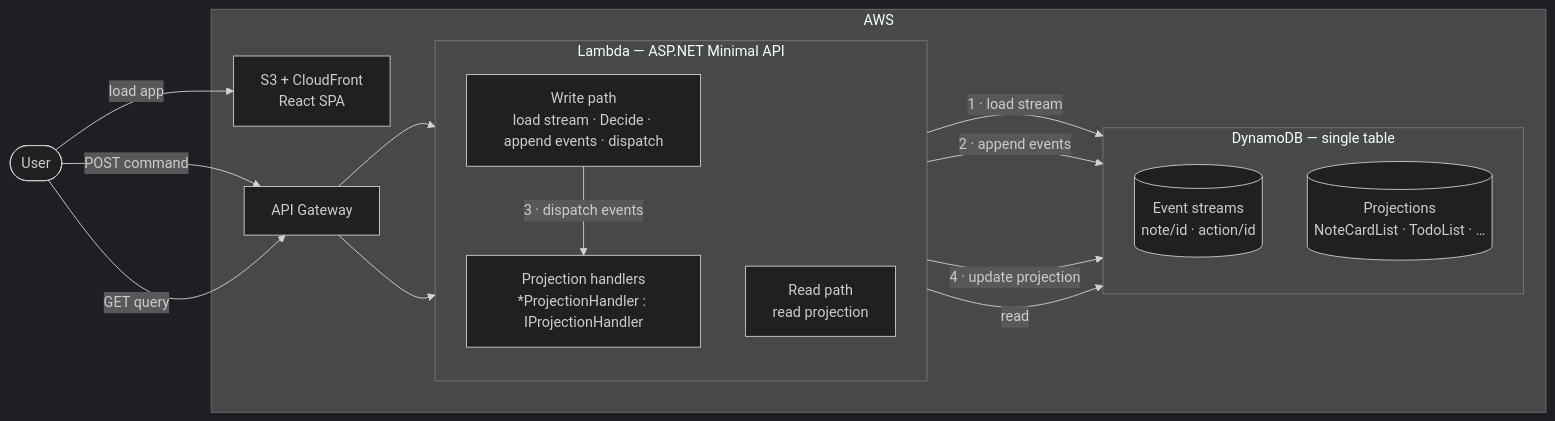
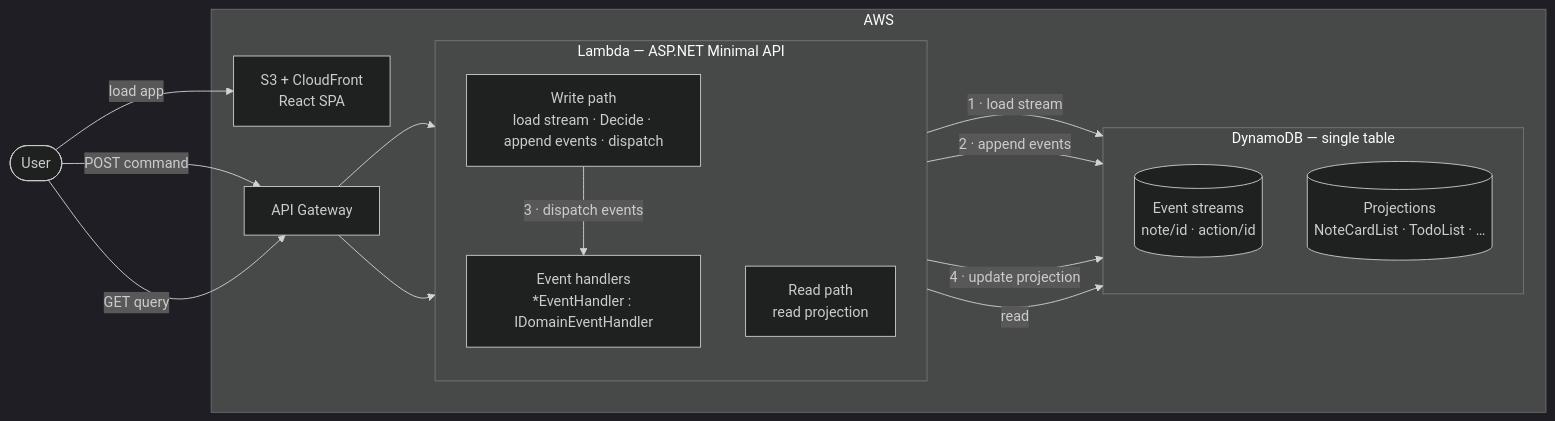
One commit to simonkirkham/ai-note-taker changed the diagram in docs/architecture.md. Above: the diagram before and after it, drawn with Mermaid (dark theme). The commit also changed other lines of this file and 2 other files, not shown here.

First line of the commit message:
docs(7.8-G): rename IProjectionHandler to IDomainEventHandler

````diff
--- a/docs/architecture.md
+++ b/docs/architecture.md
@@ -61,35 +61,35 @@
 ```mermaid
 flowchart LR
     User([User])
 
     subgraph AWS [AWS]
         CDN["S3 + CloudFront\nReact SPA"]
         APIGW["API Gateway"]
 
         subgraph Lambda ["Lambda — ASP.NET Minimal API"]
             direction TB
             WR["Write path\nload stream · Decide · append events · dispatch"]
-            PH["Projection handlers\n*ProjectionHandler : IProjectionHandler"]
+            PH["Event handlers\n*EventHandler : IDomainEventHandler"]
             RD["Read path\nread projection"]
         end
 
         subgraph DB ["DynamoDB — single table"]
             direction TB
             ES[("Event streams\nnote/id · action/id")]
             RM[("Projections\nNoteCardList · TodoList · …")]
         end
     end
 
     User -- "load app" --> CDN
     User -- "POST command" --> APIGW
     User -- "GET query" --> APIGW
 
     APIGW --> WR
     APIGW --> RD
 
     WR -- "1 · load stream" --> ES
     WR -- "2 · append events" --> ES
     WR -- "3 · dispatch events" --> PH
     PH -- "4 · update projection" --> RM
     RD -- "read" --> RM
 ```
````
